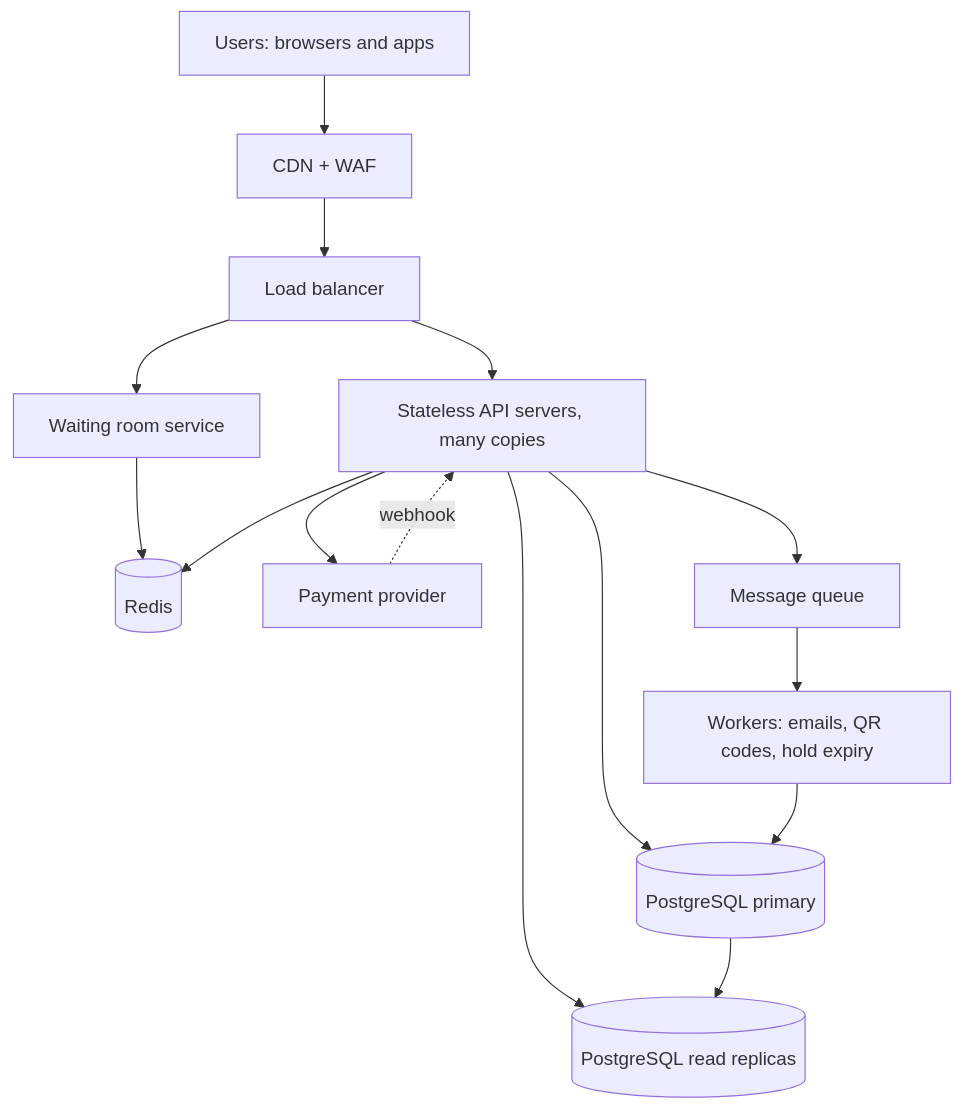
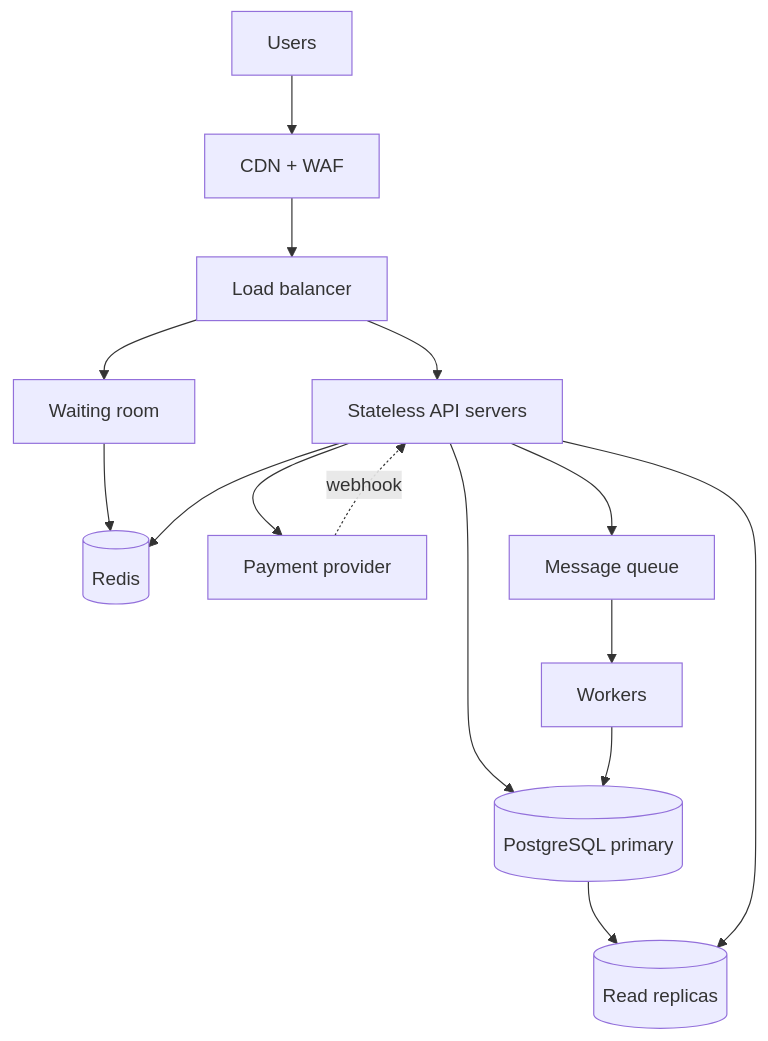
One commit to gatimooo/web-foundations changed the diagram in web-foundations-days/day8/ticketing-design.md. Above: the diagram before and after it, drawn with Mermaid. The commit also changed other lines of this file, not shown here.

````diff
--- a/web-foundations-days/day8/ticketing-design.md
+++ b/web-foundations-days/day8/ticketing-design.md
@@ -216,17 +91,17 @@
 ```mermaid
 flowchart TD
-    U[Users: browsers and apps] --> CDN[CDN + WAF]
+    U[Users] --> CDN[CDN + WAF]
     CDN --> LB[Load balancer]
-    LB --> WR[Waiting room service]
-    LB --> API[Stateless API servers, many copies]
+    LB --> WR[Waiting room]
+    LB --> API[Stateless API servers]
     WR --> R[(Redis)]
     API --> R
     API --> PGP[(PostgreSQL primary)]
-    API --> PGR[(PostgreSQL read replicas)]
-    PGP --> PGR
+    PGP --> PGR[(Read replicas)]
+    API --> PGR
     API --> PAY[Payment provider]
     PAY -. webhook .-> API
     API --> Q[Message queue]
-    Q --> W[Workers: emails, QR codes, hold expiry]
+    Q --> W[Workers]
     W --> PGP
 ```
````
